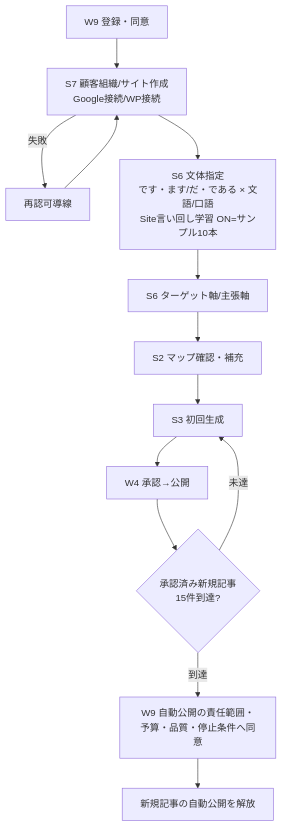
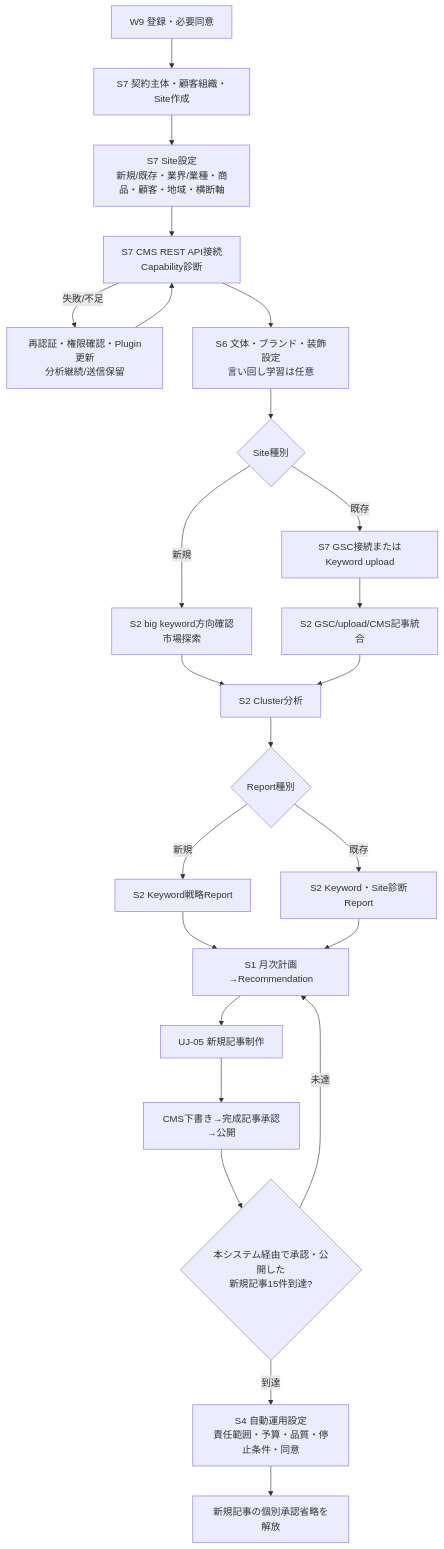
Before and after one commit to unison-ai-product/AI-Office-de-SEO: diagram 11 of 13 in docs/design/ai-office-de-seo/L3-ui-prototype/ai-office-de-seo-screen-flow_v3.7.md, drawn with Mermaid. The commit also changed other lines of this file and 1 other file, not shown here.

Commit message:
align screen flows with current seo lifecycle

````diff
--- a/docs/design/ai-office-de-seo/L3-ui-prototype/ai-office-de-seo-screen-flow_v3.7.md
+++ b/docs/design/ai-office-de-seo/L3-ui-prototype/ai-office-de-seo-screen-flow_v3.7.md
@@ -201,12 +226,25 @@
 ```mermaid
 flowchart TD
-  A[W9 登録・同意] --> B[S7 顧客組織/サイト作成<br/>Google接続/WP接続]
-  B -->|失敗| B2[再認可導線] --> B
-  B --> C[S6 文体指定<br/>です・ます/だ・である × 文語/口語<br/>Site言い回し学習 ON=サンプル10本]
-  C --> D[S6 ターゲット軸/主張軸]
-  D --> E[S2 マップ確認・補充] --> F[S3 初回生成] --> G[W4 承認→公開]
-  G --> H{承認済み新規記事<br/>15件到達?}
-  H -->|未達| F
-  H -->|到達| I[W9 自動公開の責任範囲・予算・品質・停止条件へ同意]
-  I --> J[新規記事の自動公開を解放]
+  A[W9 登録・必要同意] --> B[S7 契約主体・顧客組織・Site作成]
+  B --> C[S7 Site設定<br/>新規/既存・業界/業種・商品・顧客・地域・横断軸]
+  C --> D[S7 CMS REST API接続<br/>Capability診断]
+  D -->|失敗/不足| D2[再認証・権限確認・Plugin更新<br/>分析継続/送信保留] --> D
+  D --> E[S6 文体・ブランド・装飾設定<br/>言い回し学習は任意]
+  E --> F{Site種別}
+  F -->|新規| G[S2 big keyword方向確認<br/>市場探索]
+  F -->|既存| H[S7 GSC接続またはKeyword upload]
+  H --> I[S2 GSC/upload/CMS記事統合]
+  G --> J[S2 Cluster分析]
+  I --> J
+  J --> K{Report種別}
+  K -->|新規| L[S2 Keyword戦略Report]
+  K -->|既存| M[S2 Keyword・Site診断Report]
+  L --> N[S1 月次計画→Recommendation]
+  M --> N
+  N --> O[UJ-05 新規記事制作]
+  O --> P[CMS下書き→完成記事承認→公開]
+  P --> Q{本システム経由で承認・公開した<br/>新規記事15件到達?}
+  Q -->|未達| N
+  Q -->|到達| R[S4 自動運用設定<br/>責任範囲・予算・品質・停止条件・同意]
+  R --> S[新規記事の個別承認省略を解放]
 ```
````
